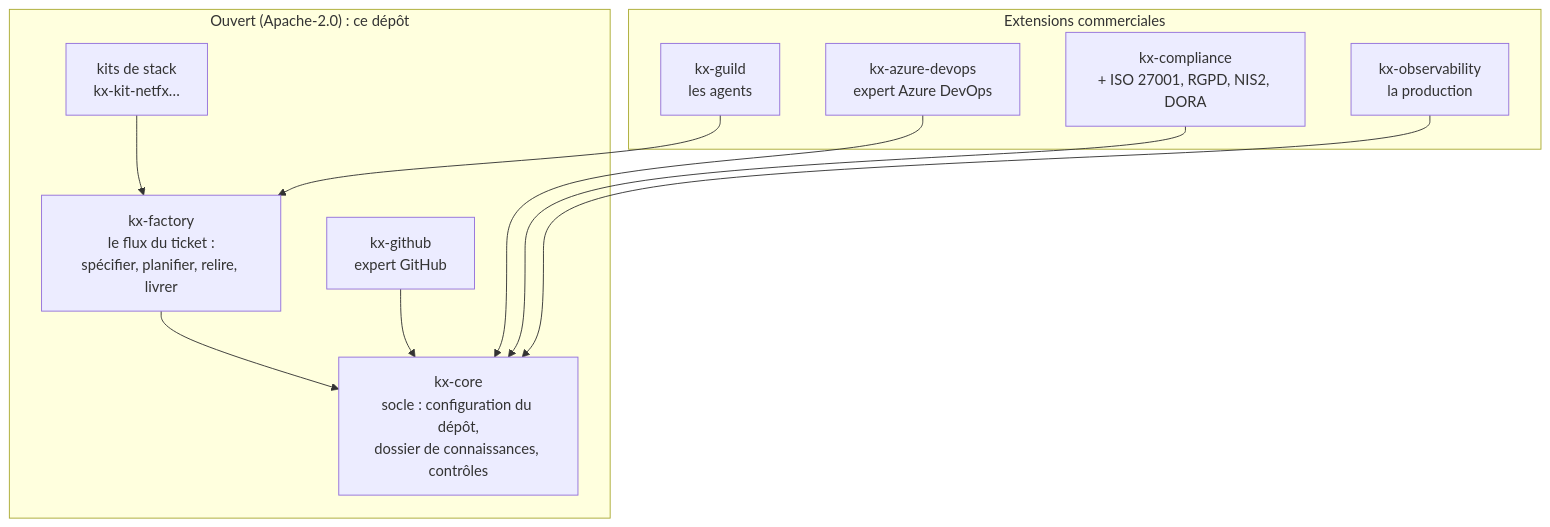
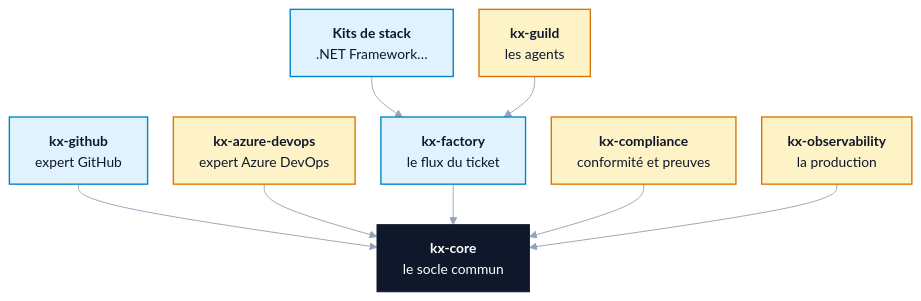
One commit to costeldanilov/kx-marketplace changed the diagram in docs/presentation/index.md. Above: the diagram before and after it, drawn with Mermaid. The commit also changed other lines of this file, not shown here.

Commit message:
Presentation page: cleaner marketplace diagram
Claude-Session: https://claude.ai/code/session_012zHURXiA67cFJTBpAgK8Q8

````diff
--- a/docs/presentation/index.md
+++ b/docs/presentation/index.md
@@ -26,22 +26,26 @@
 ```mermaid
+%%{init: {"theme": "base", "themeVariables": {"fontFamily": "Arial, Helvetica, sans-serif", "fontSize": "15px", "lineColor": "#94a3b8", "primaryTextColor": "#0f172a"}, "flowchart": {"nodeSpacing": 28, "rankSpacing": 44, "curve": "basis", "padding": 14}}}%%
 flowchart TB
-  subgraph open["Ouvert (Apache-2.0) : ce dépôt"]
-    core["kx-core<br/>socle : configuration du dépôt,<br/>dossier de connaissances, contrôles"]
-    factory["kx-factory<br/>le flux du ticket :<br/>spécifier, planifier, relire, livrer"]
-    github["kx-github<br/>expert GitHub"]
-    kits["kits de stack<br/>kx-kit-netfx…"]
-  end
-  subgraph paid["Extensions commerciales"]
-    ado["kx-azure-devops<br/>expert Azure DevOps"]
-    compliance["kx-compliance<br/>+ ISO 27001, RGPD, NIS2, DORA"]
-    guild["kx-guild<br/>les agents"]
-    obs["kx-observability<br/>la production"]
-  end
+  kits["<b>Kits de stack</b><br/>.NET Framework…"]:::open
+  guild["<b>kx-guild</b><br/>les agents"]:::paid
+
+  github["<b>kx-github</b><br/>expert GitHub"]:::open
+  ado["<b>kx-azure-devops</b><br/>expert Azure DevOps"]:::paid
+  factory["<b>kx-factory</b><br/>le flux du ticket"]:::open
+  compliance["<b>kx-compliance</b><br/>conformité et preuves"]:::paid
+  obs["<b>kx-observability</b><br/>la production"]:::paid
+
+  core["<b>kx-core</b><br/>le socle commun"]:::base
+
+  kits --> factory
+  guild --> factory
+  github --> core
+  ado --> core
   factory --> core
-  github --> core
-  kits --> factory
-  ado --> core
   compliance --> core
-  guild --> factory
   obs --> core
+
+  classDef base fill:#0f172a,stroke:#0f172a,color:#ffffff
+  classDef open fill:#e0f2fe,stroke:#0284c7,stroke-width:1.5px,color:#0f172a
+  classDef paid fill:#fef3c7,stroke:#d97706,stroke-width:1.5px,color:#0f172a
 ```
````
